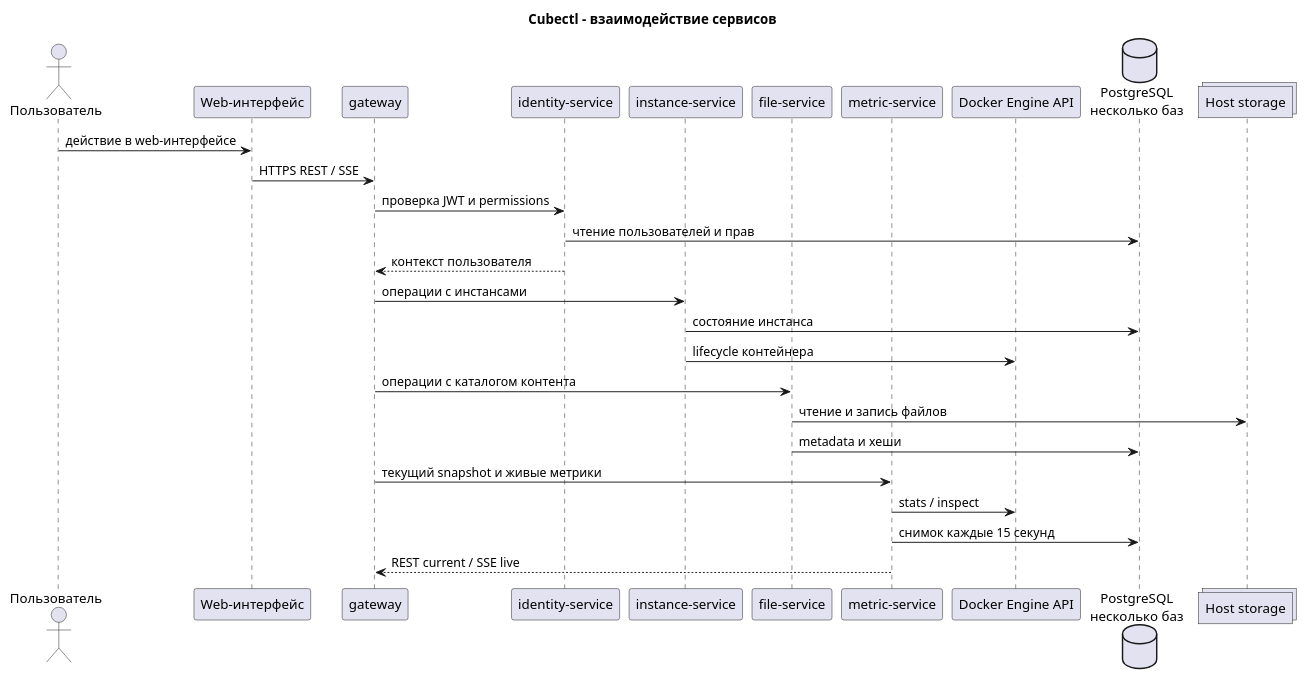
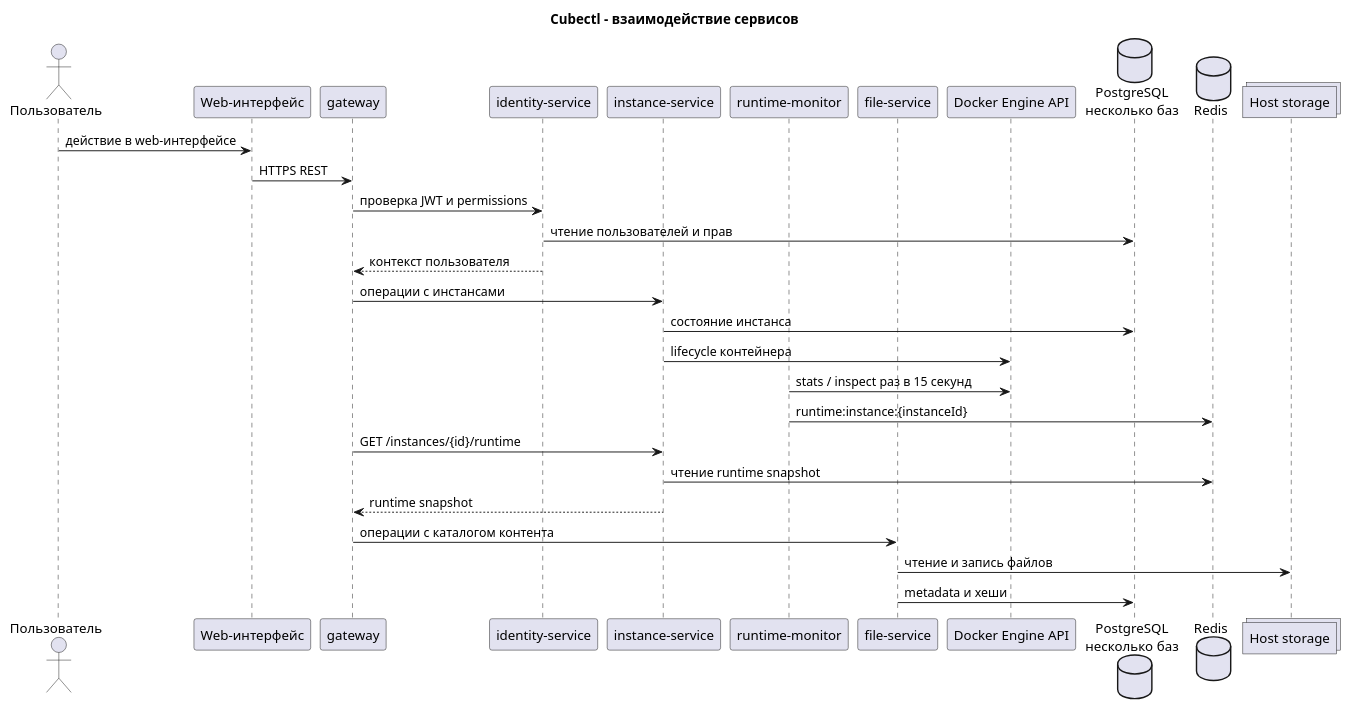
Before and after one commit to CubectlMC/docs: the diagram in content/diagrams/service-interaction.md, drawn with PlantUML. The commit also changed 18 other files, not shown here.

Commit message:
Move runtime monitoring into instance service

````diff
--- a/content/diagrams/service-interaction.md
+++ b/content/diagrams/service-interaction.md
@@ -3,35 +3,37 @@
 ```puml
 @startuml
 title Cubectl - взаимодействие сервисов
 
 actor "Пользователь" as User
 participant "Web-интерфейс" as UI
 participant "gateway" as Gateway
 participant "identity-service" as Identity
 participant "instance-service" as Instance
+participant "runtime-monitor" as Monitor
 participant "file-service" as File
-participant "metric-service" as Metric
 participant "Docker Engine API" as Docker
 database "PostgreSQL\nнесколько баз" as Postgres
+database "Redis" as Redis
 collections "Host storage" as Storage
 
 User -> UI: действие в web-интерфейсе
-UI -> Gateway: HTTPS REST / SSE
+UI -> Gateway: HTTPS REST
 Gateway -> Identity: проверка JWT и permissions
 Identity -> Postgres: чтение пользователей и прав
 Identity --> Gateway: контекст пользователя
 
 Gateway -> Instance: операции с инстансами
 Instance -> Postgres: состояние инстанса
 Instance -> Docker: lifecycle контейнера
 
+Monitor -> Docker: stats / inspect раз в 15 секунд
+Monitor -> Redis: runtime:instance:{instanceId}
+Gateway -> Instance: GET /instances/{id}/runtime
+Instance -> Redis: чтение runtime snapshot
+Instance --> Gateway: runtime snapshot
+
 Gateway -> File: операции с каталогом контента
 File -> Storage: чтение и запись файлов
 File -> Postgres: metadata и хеши
-
-Gateway -> Metric: текущий snapshot и живые метрики
-Metric -> Docker: stats / inspect
-Metric -> Postgres: снимок каждые 15 секунд
-Metric --> Gateway: REST current / SSE live
 @enduml
 ```
````
